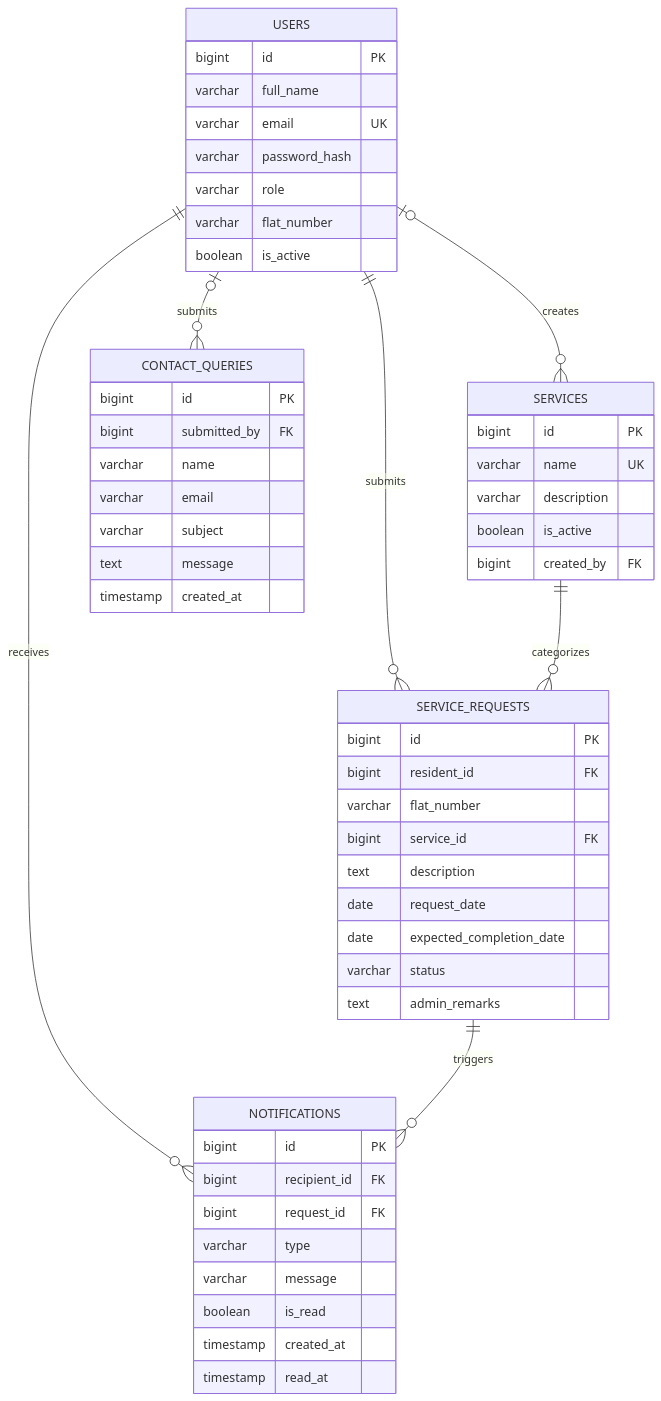
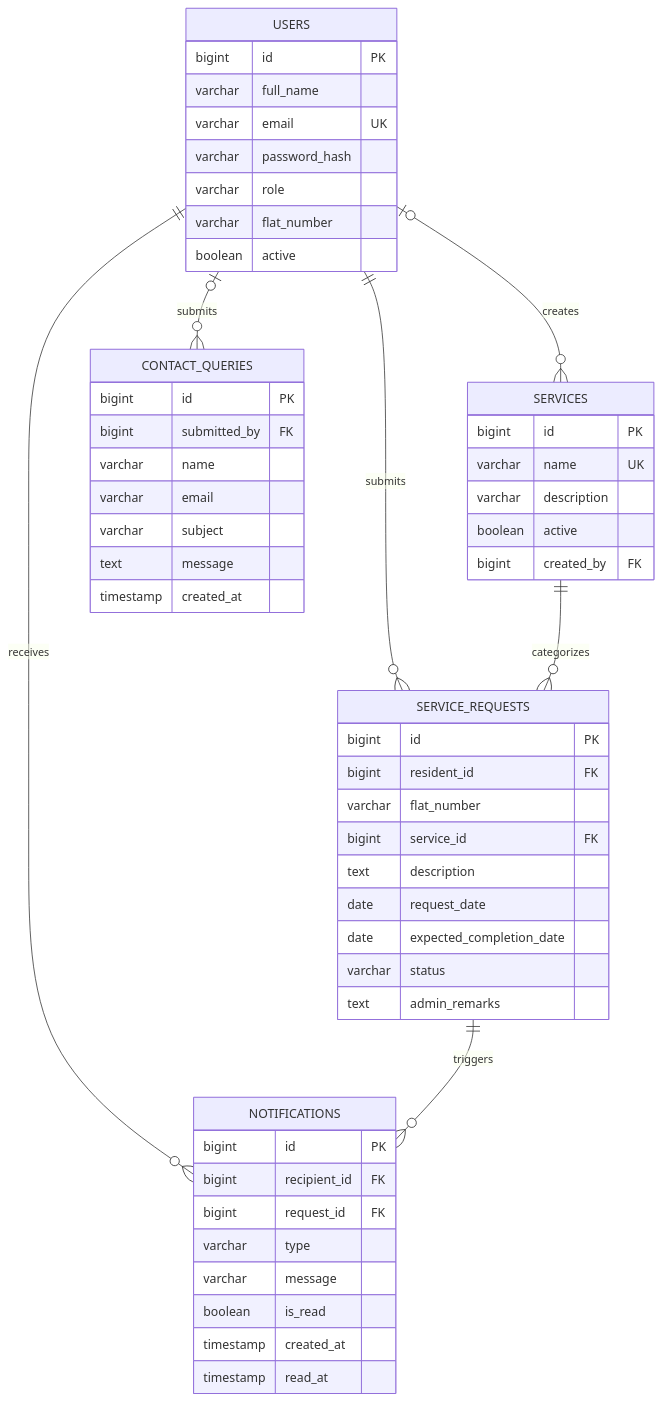
Before and after one commit to ANAND-S-2003/resident-management-system: the diagram in docs/data-model.md, drawn with Mermaid. The commit also changed other lines of this file and 8 other files, not shown here.

````diff
--- a/docs/data-model.md
+++ b/docs/data-model.md
@@ -86,56 +84,55 @@
 ```mermaid
 erDiagram
     USERS ||--o{ SERVICE_REQUESTS : submits
     SERVICES ||--o{ SERVICE_REQUESTS : categorizes
     USERS ||--o{ NOTIFICATIONS : receives
     SERVICE_REQUESTS ||--o{ NOTIFICATIONS : triggers
     USERS o|--o{ SERVICES : creates
     USERS o|--o{ CONTACT_QUERIES : submits
-
     USERS {
       bigint id PK
       varchar full_name
       varchar email UK
       varchar password_hash
       varchar role
       varchar flat_number
-      boolean is_active
+      boolean active
     }
     SERVICES {
       bigint id PK
       varchar name UK
       varchar description
-      boolean is_active
+      boolean active
       bigint created_by FK
     }
     SERVICE_REQUESTS {
       bigint id PK
       bigint resident_id FK
       varchar flat_number
       bigint service_id FK
       text description
       date request_date
       date expected_completion_date
       varchar status
       text admin_remarks
     }
     NOTIFICATIONS {
       bigint id PK
       bigint recipient_id FK
       bigint request_id FK
       varchar type
       varchar message
       boolean is_read
       timestamp created_at
       timestamp read_at
     }
     CONTACT_QUERIES {
       bigint id PK
       bigint submitted_by FK
       varchar name
       varchar email
       varchar subject
       text message
       timestamp created_at
     }
 ```
````
